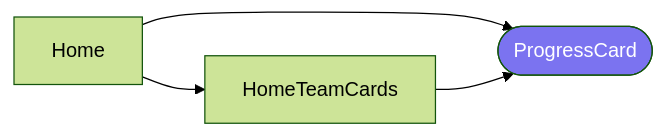
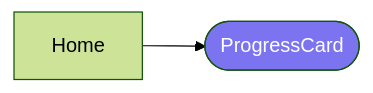
One commit to chrischow/rokr changed the third of 6 diagrams in dev/README.md. Above: the diagram before and after it, drawn with Mermaid (forest theme). The commit also changed other lines of this file, not shown here.

````diff
--- a/dev/README.md
+++ b/dev/README.md
@@ -141,10 +156,8 @@
 ```mermaid
 graph LR
   %% Home
-  Home --> HomeTeamCards
   Home --> PC([ProgressCard])
-  HomeTeamCards --> PC
 
   classDef shared fill:#7b73f0,color:white
   class PC,SM,DF,UF,OF,KRF,PB shared
 ```
````
